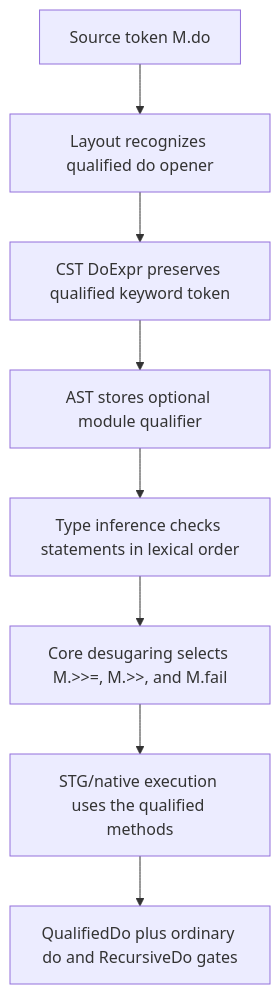
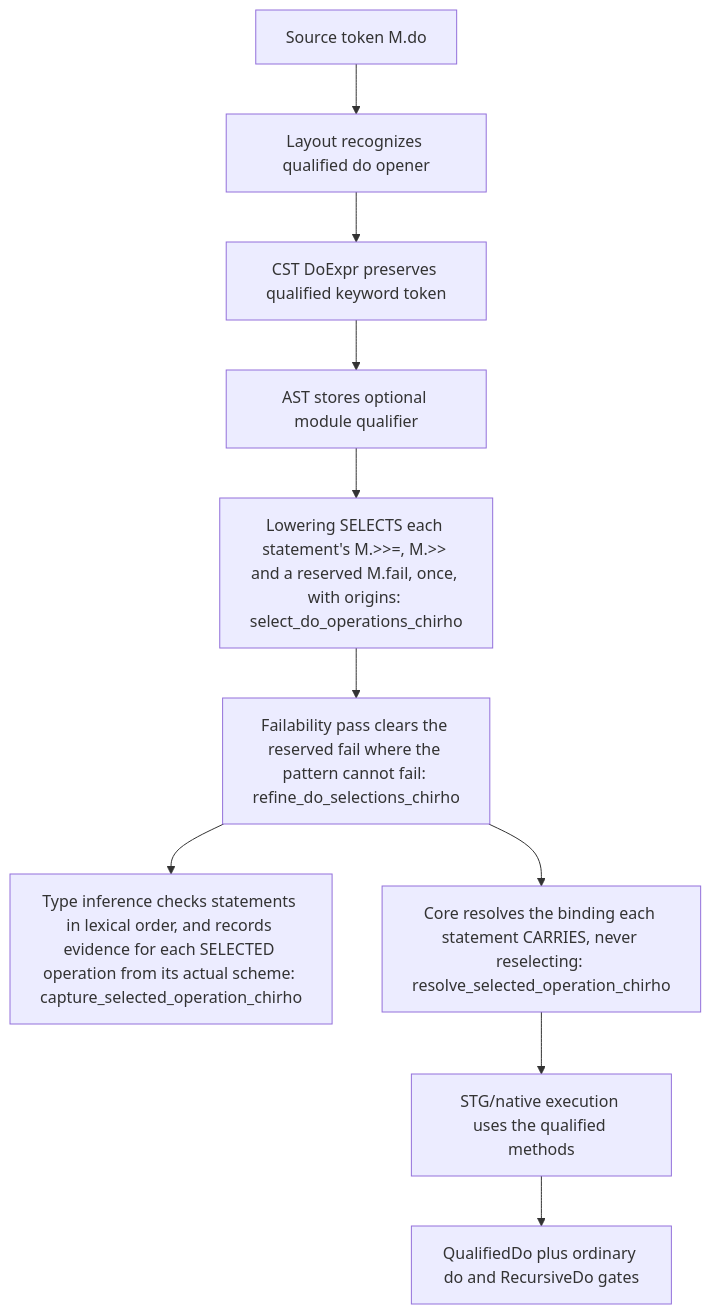
The diagram in spec-chirho/workflows-chirho/language-features-chirho/qualified-do-chirho.md (loveJesus/haskelujah-chirho), drawn with Mermaid before and after one commit. The commit also changed other lines of this file and 5 other files, not shown here.

````diff
--- a/spec-chirho/workflows-chirho/language-features-chirho/qualified-do-chirho.md
+++ b/spec-chirho/workflows-chirho/language-features-chirho/qualified-do-chirho.md
@@ -6,10 +6,12 @@
 ```mermaid
 flowchart TD
     source_chirho[Source token M.do] --> layout_chirho[Layout recognizes qualified do opener]
     layout_chirho --> parser_chirho[CST DoExpr preserves qualified keyword token]
     parser_chirho --> lower_chirho[AST stores optional module qualifier]
-    lower_chirho --> typing_chirho[Type inference checks statements in lexical order]
-    typing_chirho --> desugar_chirho[Core desugaring selects M.>>=, M.>>, and M.fail]
+    lower_chirho --> select_chirho[Lowering SELECTS each statement's M.>>=, M.>> and a reserved M.fail, once, with origins: select_do_operations_chirho]
+    select_chirho --> refine_chirho[Failability pass clears the reserved fail where the pattern cannot fail: refine_do_selections_chirho]
+    refine_chirho --> typing_chirho[Type inference checks statements in lexical order, and records evidence for each SELECTED operation from its actual scheme: capture_selected_operation_chirho]
+    refine_chirho --> desugar_chirho[Core resolves the binding each statement CARRIES, never reselecting: resolve_selected_operation_chirho]
     desugar_chirho --> runtime_chirho[STG/native execution uses the qualified methods]
     runtime_chirho --> gates_chirho[QualifiedDo plus ordinary do and RecursiveDo gates]
 ```
````
